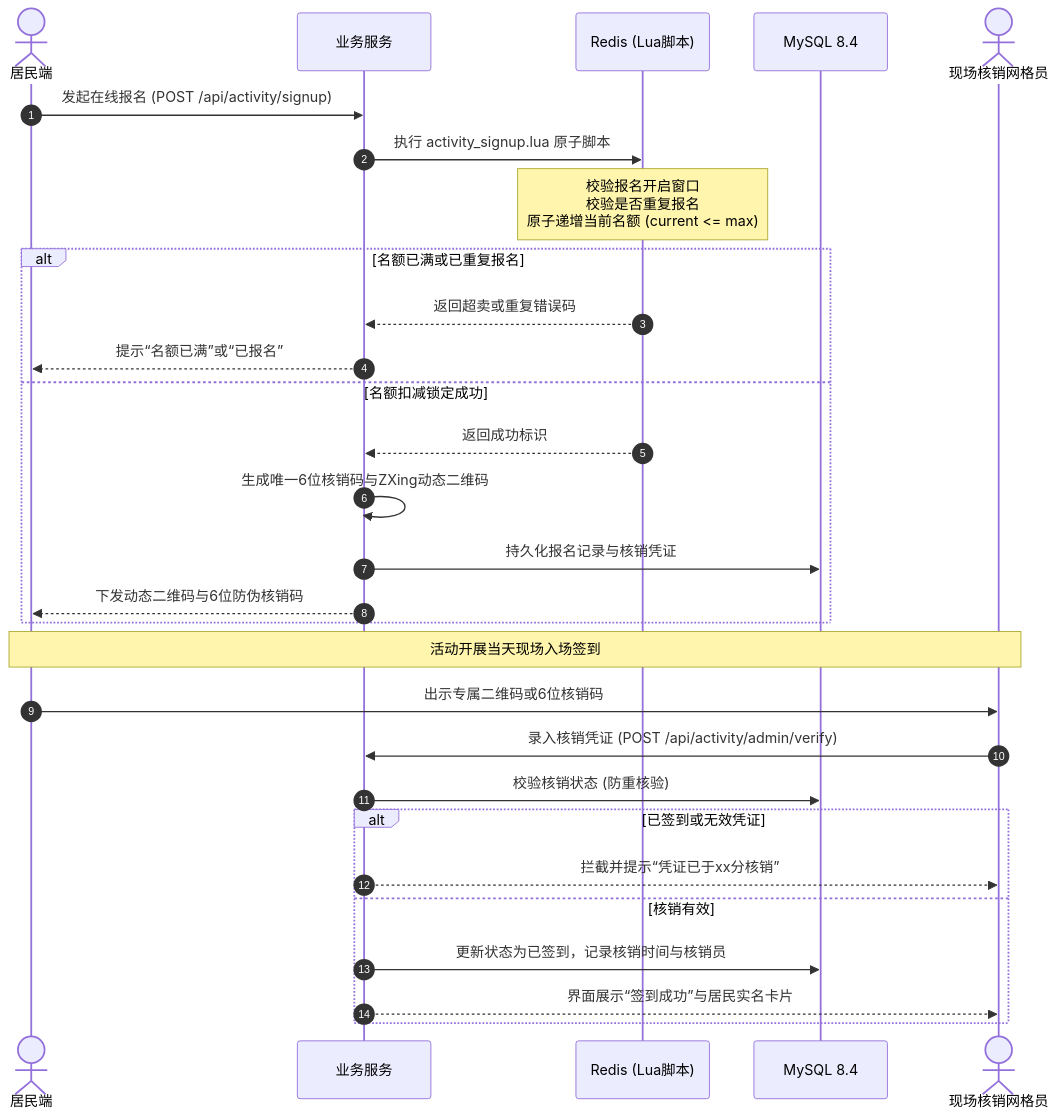
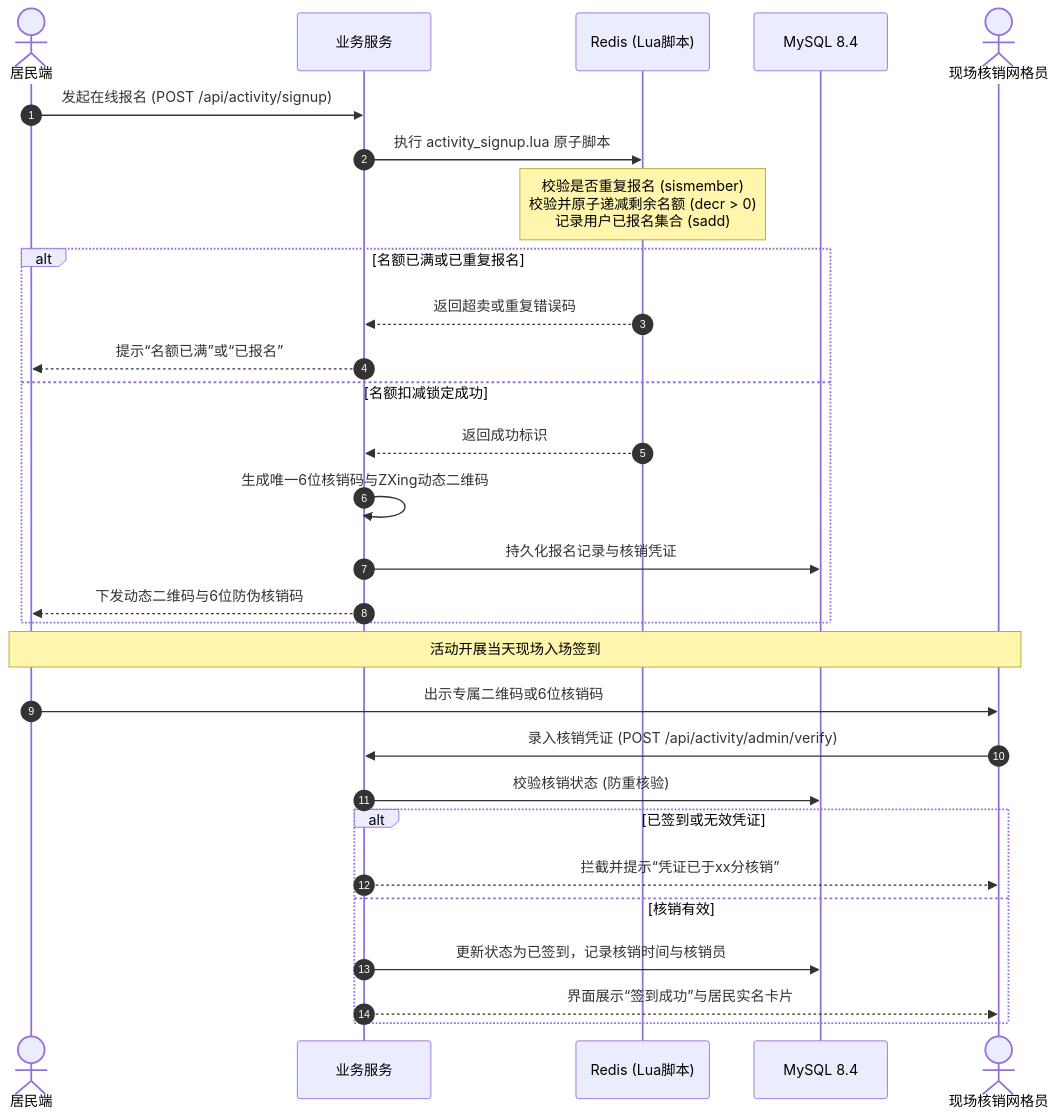
Before and after one commit to e69d8e/community-affairs: the third of 5 diagrams in README.md, drawn with Mermaid. The commit also changed other lines of this file and 96 other files, not shown here.

````diff
--- a/README.md
+++ b/README.md
@@ -88,33 +90,33 @@
 ```mermaid
 sequenceDiagram
     autonumber
     actor Resident as 居民端
     participant Server as 业务服务
     participant Redis as Redis (Lua脚本)
     participant DB as MySQL 8.4
     actor Verifier as 现场核销网格员
 
     Resident->>Server: 发起在线报名 (POST /api/activity/signup)
     Server->>Redis: 执行 activity_signup.lua 原子脚本
-    Note over Redis: 校验报名开启窗口<br/>校验是否重复报名<br/>原子递增当前名额 (current <= max)
+    Note over Redis: 校验是否重复报名 (sismember)<br/>校验并原子递减剩余名额 (decr > 0)<br/>记录用户已报名集合 (sadd)
     alt 名额已满或已重复报名
         Redis-->>Server: 返回超卖或重复错误码
         Server-->>Resident: 提示“名额已满”或“已报名”
     else 名额扣减锁定成功
         Redis-->>Server: 返回成功标识
         Server->>Server: 生成唯一6位核销码与ZXing动态二维码
         Server->>DB: 持久化报名记录与核销凭证
         Server-->>Resident: 下发动态二维码与6位防伪核销码
     end
 
     Note over Resident, Verifier: 活动开展当天现场入场签到
     Resident->>Verifier: 出示专属二维码或6位核销码
     Verifier->>Server: 录入核销凭证 (POST /api/activity/admin/verify)
     Server->>DB: 校验核销状态 (防重核验)
     alt 已签到或无效凭证
         Server-->>Verifier: 拦截并提示“凭证已于xx分核销”
     else 核销有效
         Server->>DB: 更新状态为已签到，记录核销时间与核销员
         Server-->>Verifier: 界面展示“签到成功”与居民实名卡片
     end
 ```
````
